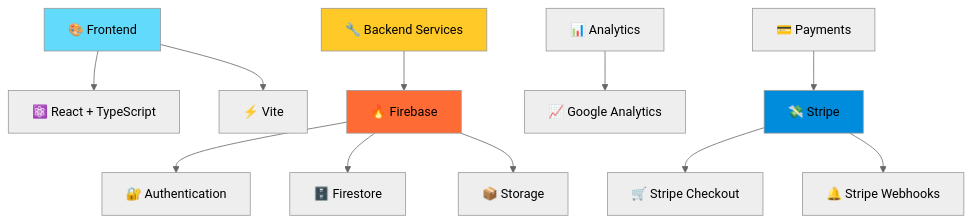
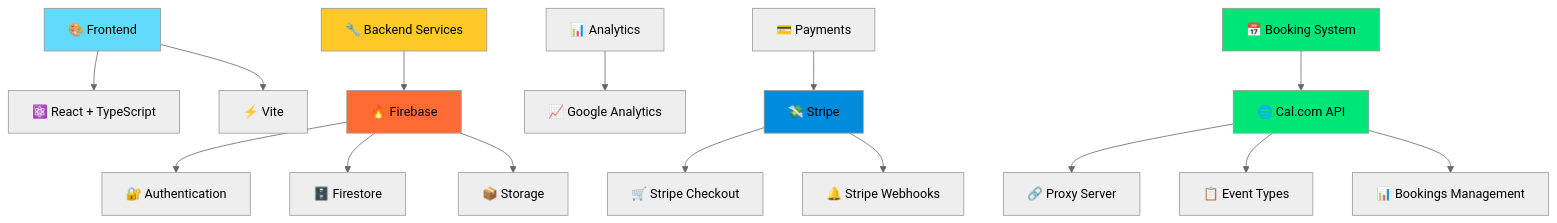
The diagram in README.md (Bgr8Dev/Bgr8), drawn with Mermaid (neutral theme) before and after one commit. The commit also changed other lines of this file, not shown here.

Commit message:
Add Cal.com Booking System integration to README
- Included Cal.com Booking System and Proxy Server in the features list.
- Updated diagrams to reflect the new booking system architecture.
- Added Cal.com API Key to the environment variables section.
- Mentioned Cal.com in the technology stack for clarity.

````diff
--- a/README.md
+++ b/README.md
@@ -107,18 +110,24 @@
 ```mermaid
 graph TD
     A[🎨 Frontend] --> B[⚛️ React + TypeScript]
     A --> C[⚡ Vite]
     D[🔧 Backend Services] --> E[🔥 Firebase]
     E --> F[🔐 Authentication]
     E --> G[🗄️ Firestore]
     E --> H[📦 Storage]
     I[📊 Analytics] --> J[📈 Google Analytics]
     K[💳 Payments] --> L[💸 Stripe]
     L --> M[🛒 Stripe Checkout]
     L --> N[🔔 Stripe Webhooks]
+    O[📅 Booking System] --> P[🌐 Cal.com API]
+    P --> Q[🔗 Proxy Server]
+    P --> R[📋 Event Types]
+    P --> S[📊 Bookings Management]
     
     style A fill:#61DAFB
     style D fill:#FFCA28
     style E fill:#FF6B35
     style L fill:#008CDD
+    style O fill:#00E676
+    style P fill:#00E676
 ```
````
